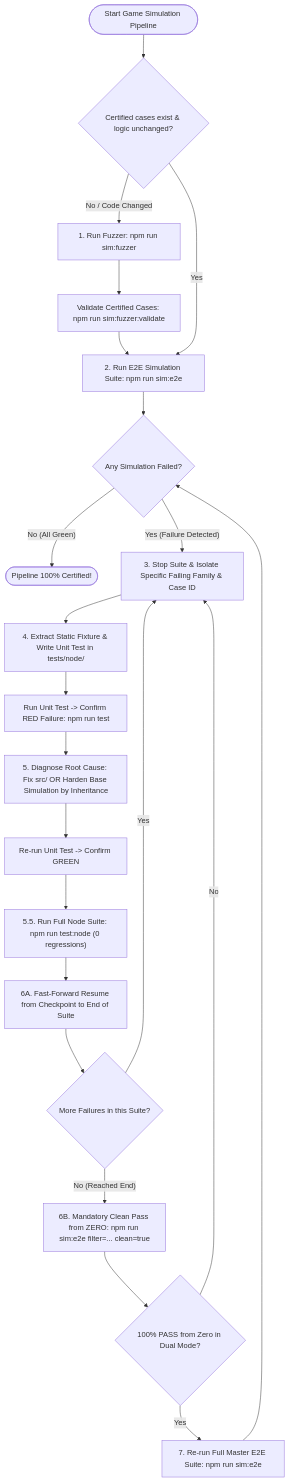
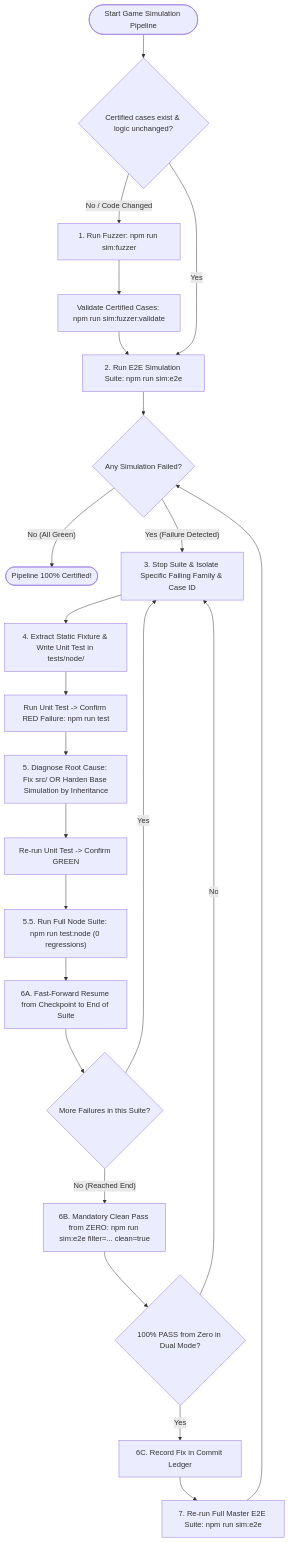
Before and after one commit to Darkham77/PokeBorrador: the diagram in .agents/skills/game-simulation/SKILL.md, drawn with Mermaid. The commit also changed other lines of this file and 151 other files, not shown here.

````diff
--- a/.agents/skills/game-simulation/SKILL.md
+++ b/.agents/skills/game-simulation/SKILL.md
@@ -348,24 +79,25 @@
 ```mermaid
 flowchart TD
     Start(["Start Game Simulation Pipeline"]) --> FuzzerCheck{"Certified cases exist & logic unchanged?"}
     FuzzerCheck -- "No / Code Changed" --> RunFuzzer["1. Run Fuzzer: npm run sim:fuzzer"]
     RunFuzzer --> ValidateFuzzer["Validate Certified Cases: npm run sim:fuzzer:validate"]
     ValidateFuzzer --> RunE2E["2. Run E2E Simulation Suite: npm run sim:e2e"]
     FuzzerCheck -- "Yes" --> RunE2E
     RunE2E --> E2ECheck{"Any Simulation Failed?"}
     E2ECheck -- "No (All Green)" --> Done(["Pipeline 100% Certified!"])
     E2ECheck -- "Yes (Failure Detected)" --> IsolateCase["3. Stop Suite & Isolate Specific Failing Family & Case ID"]
     IsolateCase --> ExtractFixture["4. Extract Static Fixture & Write Unit Test in tests/node/"]
     ExtractFixture --> RunRED["Run Unit Test -> Confirm RED Failure: npm run test"]
     RunRED --> FixCode["5. Diagnose Root Cause: Fix src/ OR Harden Base Simulation by Inheritance"]
     FixCode --> RunGREEN["Re-run Unit Test -> Confirm GREEN"]
     RunGREEN --> RunNodeRegression["5.5. Run Full Node Suite: npm run test:node (0 regressions)"]
     RunNodeRegression --> ReRunResume["6A. Fast-Forward Resume from Checkpoint to End of Suite"]
     ReRunResume --> FamilyCheck{"More Failures in this Suite?"}
     FamilyCheck -- "Yes" --> IsolateCase
     FamilyCheck -- "No (Reached End)" --> CleanSuitePass["6B. Mandatory Clean Pass from ZERO: npm run sim:e2e filter=... clean=true"]
     CleanSuitePass --> CleanPassCheck{"100% PASS from Zero in Dual Mode?"}
     CleanPassCheck -- "No" --> IsolateCase
-    CleanPassCheck -- "Yes" --> RunMasterE2E["7. Re-run Full Master E2E Suite: npm run sim:e2e"]
+    CleanPassCheck -- "Yes" --> RecordLedger["6C. Record Fix in Commit Ledger"]
+    RecordLedger --> RunMasterE2E["7. Re-run Full Master E2E Suite: npm run sim:e2e"]
     RunMasterE2E --> E2ECheck
 ```
````
